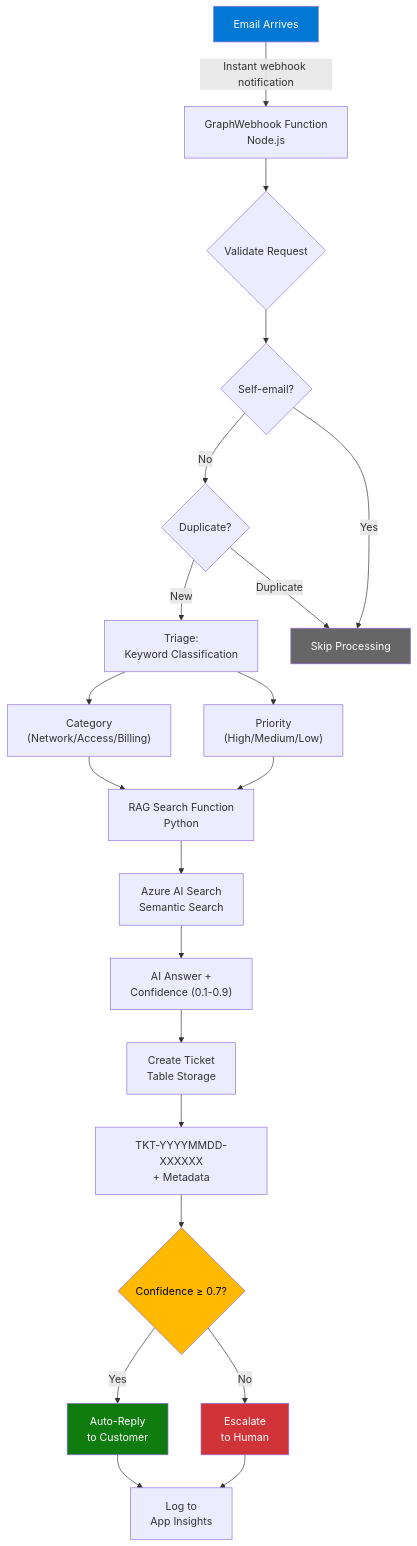
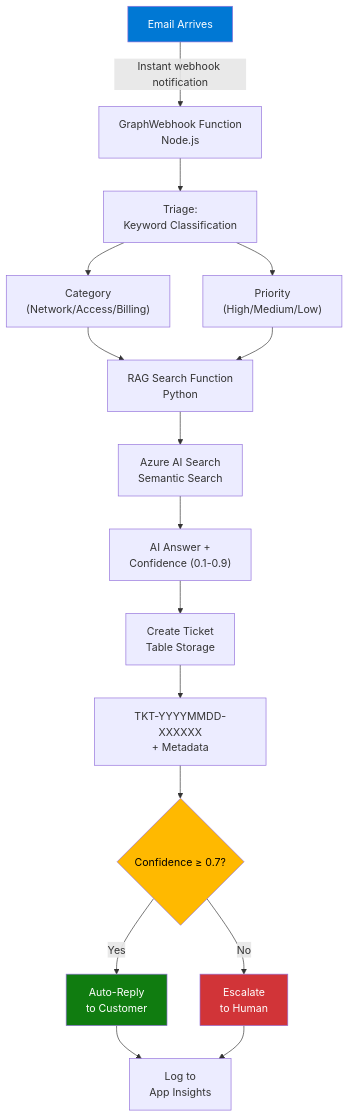
One commit to LuiseFreese/espc25-smart-support-agent changed the diagram in demos/04-real-ticket-creation/function/README.md. Above: the diagram before and after it, drawn with Mermaid. The commit also changed 7 other files, not shown here.

Commit message:
Improve documentation: automated setup script, clearer architecture diagrams, explain demo structure

````diff
--- a/demos/04-real-ticket-creation/function/README.md
+++ b/demos/04-real-ticket-creation/function/README.md
@@ -15,35 +15,28 @@
 ```mermaid
 flowchart TD
     A[Email Arrives] -->|Instant webhook notification| B[GraphWebhook Function<br/>Node.js]
     
-    B --> B1{Validate Request}
-    B1 --> B2{Self-email?}
-    B2 -->|No| B3{Duplicate?}
-    B3 -->|New| C[Triage:<br/>Keyword Classification]
+    B --> C[Triage:<br/>Keyword Classification]
     
     C --> C1["Category<br/>(Network/Access/Billing)"]
     C --> C2["Priority<br/>(High/Medium/Low)"]
     
     C1 & C2 --> D[RAG Search Function<br/>Python]
     
     D --> D1[Azure AI Search<br/>Semantic Search]
     D1 --> D2["AI Answer +<br/>Confidence (0.1-0.9)"]
     
     D2 --> E[Create Ticket<br/>Table Storage]
     E --> E1["TKT-YYYYMMDD-XXXXXX<br/>+ Metadata"]
     
     E1 --> F{Confidence ≥ 0.7?}
     F -->|Yes| G[Auto-Reply<br/>to Customer]
     F -->|No| H[Escalate<br/>to Human]
     
     G & H --> I[Log to<br/>App Insights]
     
-    B2 -->|Yes| Skip[Skip Processing]
-    B3 -->|Duplicate| Skip
-    
     style A fill:#0078d4,color:#fff
     style F fill:#ffb900,color:#000
     style G fill:#107c10,color:#fff
     style H fill:#d13438,color:#fff
-    style Skip fill:#666,color:#fff
 ```
````
